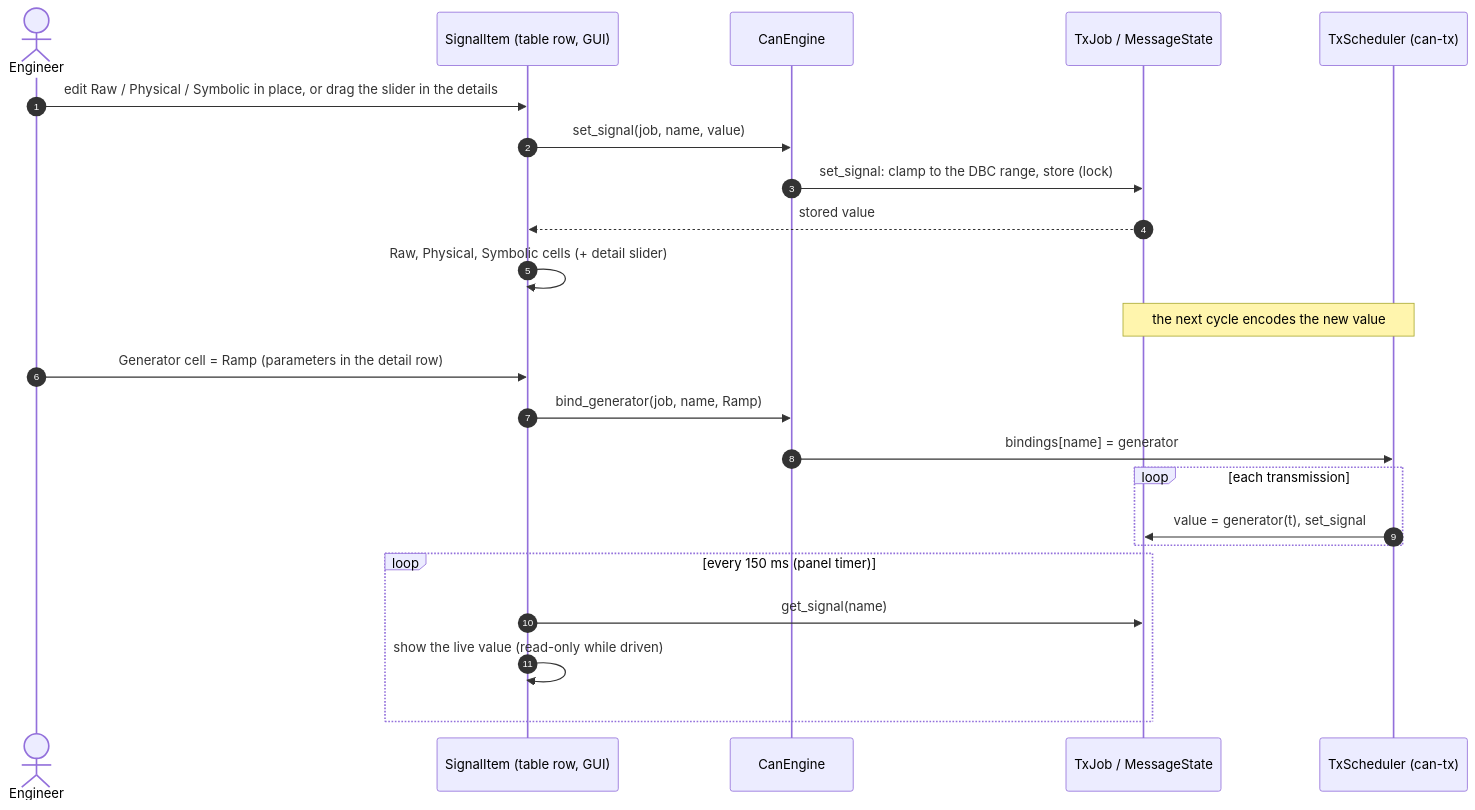
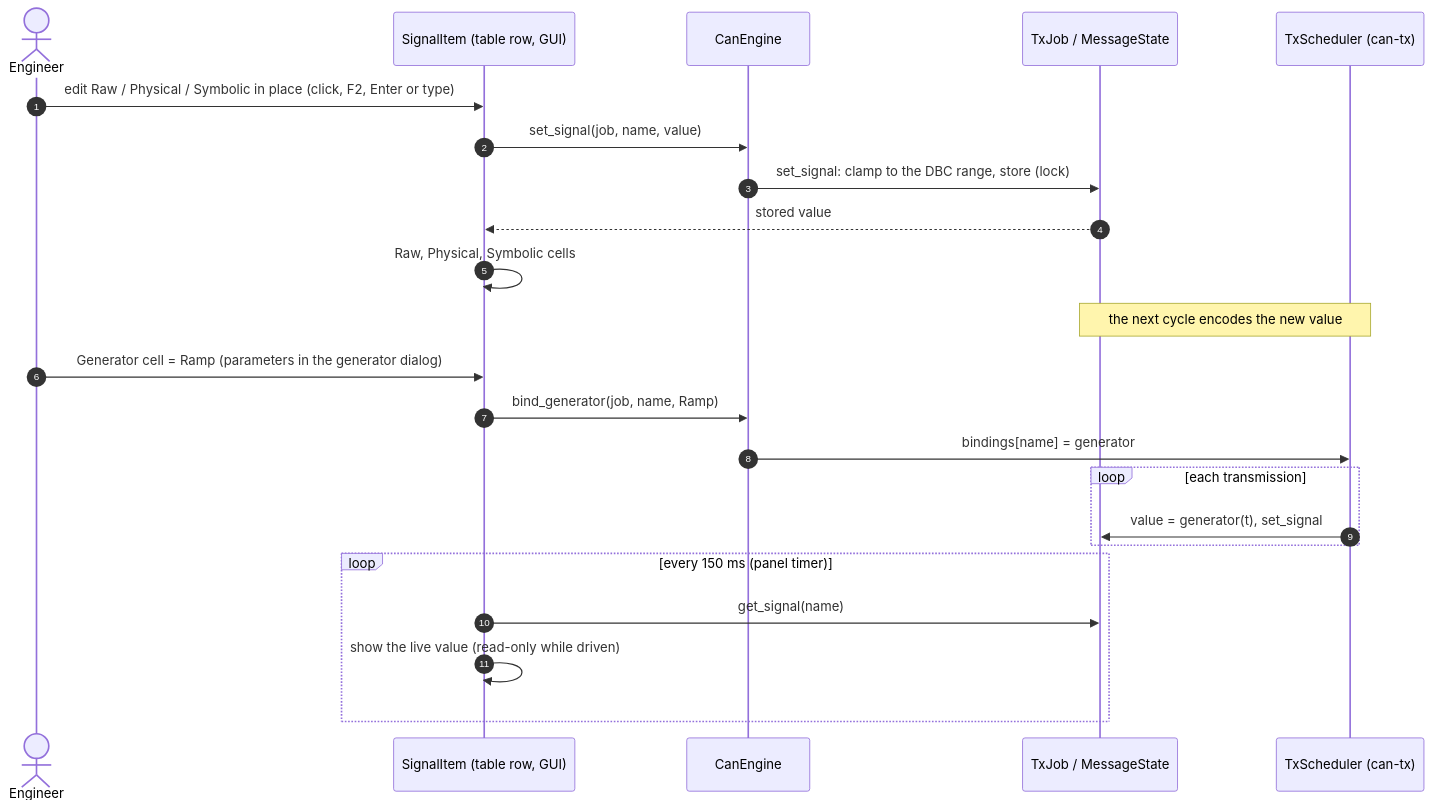
One commit to Thuongst97/CAN_SIMULATOR changed the ninth of 11 diagrams in docs/ARCHITECTURE.md. Above: the diagram before and after it, drawn with Mermaid. The commit also changed other lines of this file and 4 other files, not shown here.

First line of the commit message:
Signals panel: one row per signal, CANoe style (no slider)

````diff
--- a/docs/ARCHITECTURE.md
+++ b/docs/ARCHITECTURE.md
@@ -405,25 +405,25 @@
 ```mermaid
 sequenceDiagram
     autonumber
     actor U as Engineer
     participant SR as SignalItem (table row, GUI)
     participant E as CanEngine
     participant J as TxJob / MessageState
     participant T as TxScheduler (can-tx)
-    U->>SR: edit Raw / Physical / Symbolic in place, or drag the slider in the details
+    U->>SR: edit Raw / Physical / Symbolic in place (click, F2, Enter or type)
     SR->>E: set_signal(job, name, value)
     E->>J: set_signal: clamp to the DBC range, store (lock)
     J-->>SR: stored value
-    SR->>SR: Raw, Physical, Symbolic cells (+ detail slider)
+    SR->>SR: Raw, Physical, Symbolic cells
     Note over T,J: the next cycle encodes the new value
-    U->>SR: Generator cell = Ramp (parameters in the detail row)
+    U->>SR: Generator cell = Ramp (parameters in the generator dialog)
     SR->>E: bind_generator(job, name, Ramp)
     E->>T: bindings[name] = generator
     loop each transmission
         T->>J: value = generator(t), set_signal
     end
     loop every 150 ms (panel timer)
         SR->>J: get_signal(name)
         SR->>SR: show the live value (read-only while driven)
     end
 ```
````
